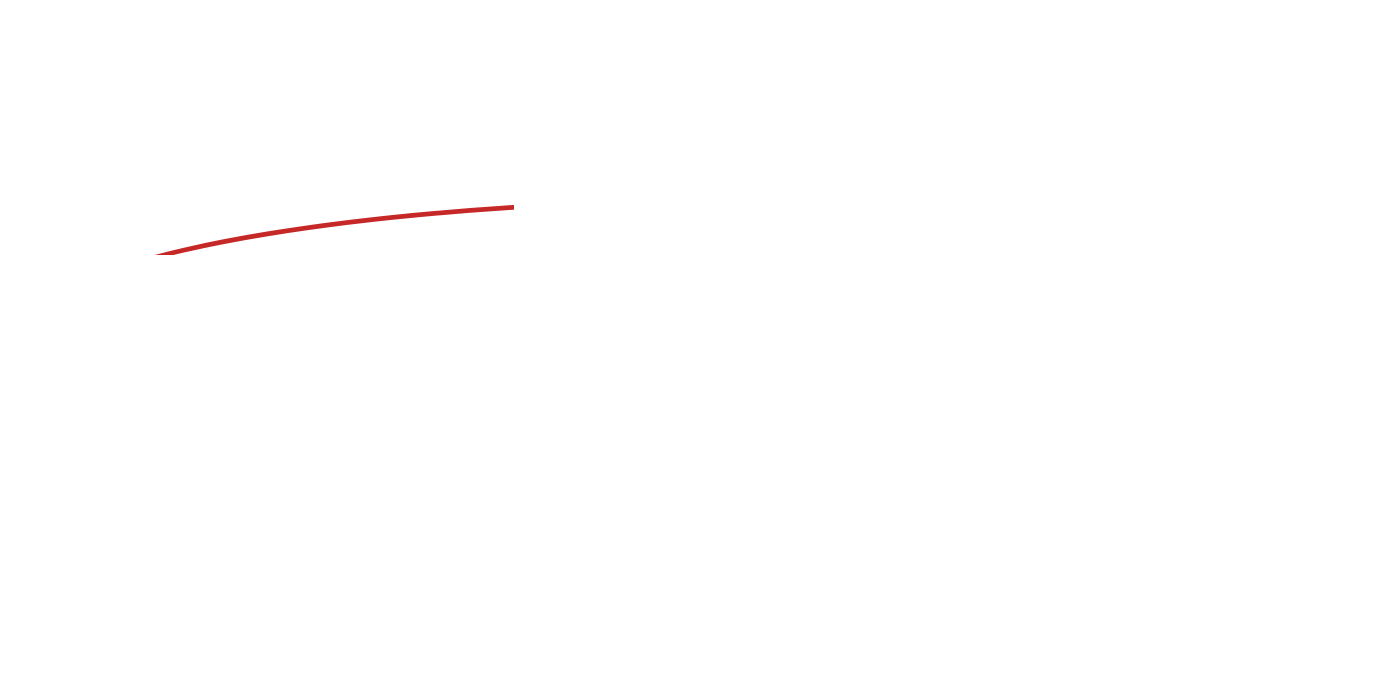
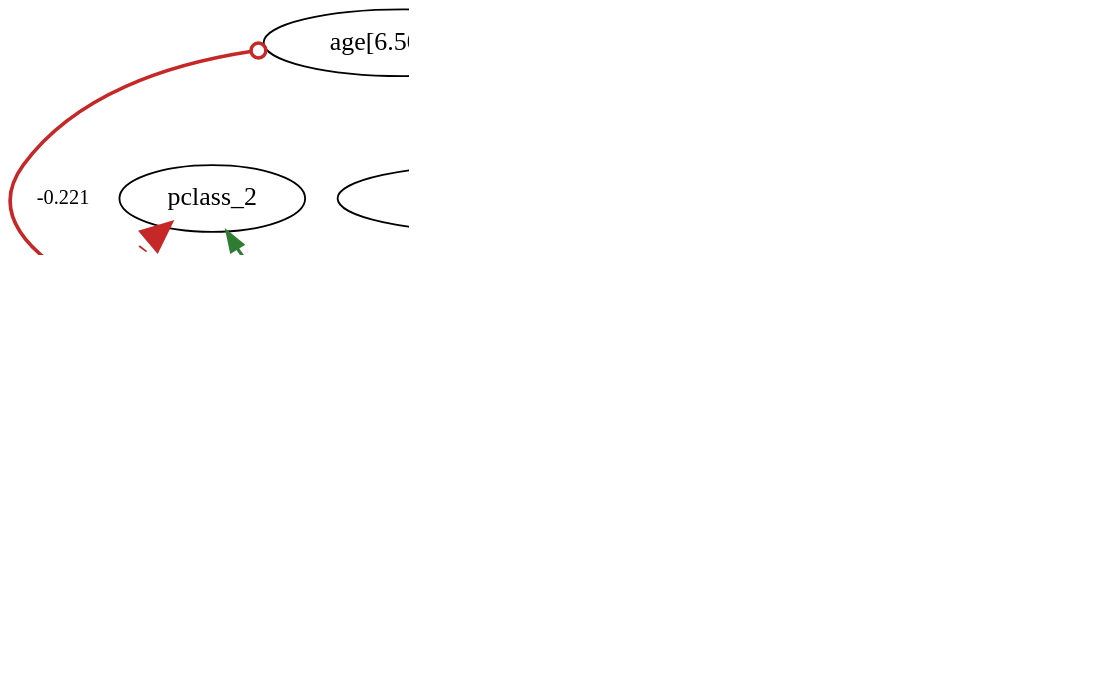
Before and after one commit to AKANEMO22/MedTCAX-Causal-Argumentative-Explainability: the diagram in causal_argumentation-main/outputs_titanic/fci_experiment/discovery_fci_dropfirst_weighted.dot, drawn with Graphviz. The commit also changed 29 other files, not shown here.

```diff
--- a/causal_argumentation-main/outputs_titanic/fci_experiment/discovery_fci_dropfirst_weighted.dot
+++ b/causal_argumentation-main/outputs_titanic/fci_experiment/discovery_fci_dropfirst_weighted.dot
@@ -1,30 +1,31 @@
 digraph {
 fontsize=18;
 dpi=200;
 0 [label="age[6.500,inf)"];
 1 [label="fare[7.133,10.481)"];
 2 [label="fare[10.481,74.375)"];
 3 [label="fare[74.375,inf)"];
 4 [label=sibsp];
 5 [label=parch];
 6 [label="pclass_2"];
 7 [label="pclass_3"];
 8 [label="sex_male"];
 9 [label="embarked_Q"];
 10 [label="embarked_S"];
 11 [label=survived];
-0 -> 7 [dir=both, arrowtail=odot, arrowhead=odot, label=" -0.221 ", fontsize=11, color="#c62828", penwidth=1.8855101781165486];
+0 -> 7 [dir=both, arrowtail=odot, arrowhead=normal, label=" -0.221 ", fontsize=11, color="#c62828", penwidth=1.8855101781165486];
 0 -> 9 [dir=both, arrowtail=odot, arrowhead=odot, label=" -0.291 ", fontsize=11, color="#c62828", penwidth=2.1653511028720134];
-1 -> 2 [dir=both, arrowtail=odot, arrowhead=normal, label=" -1.000 ", fontsize=11, style=dotted, color="#c62828", penwidth=5.0];
+1 -> 2 [dir=both, arrowtail=normal, arrowhead=normal, label=" -1.000 ", fontsize=11, style=dotted, color="#c62828", penwidth=5.0];
 7 -> 1 [dir=both, arrowtail=none, arrowhead=normal, label=" +0.638 ", fontsize=11, color="#2e7d32", penwidth=3.5529025850904143];
 3 -> 2 [dir=both, arrowtail=none, arrowhead=normal, label=" -1.000 ", fontsize=11, style=dotted, color="#c62828", penwidth=5.0];
-7 -> 2 [dir=both, arrowtail=none, arrowhead=normal, label=" -0.392 ", fontsize=11, color="#c62828", penwidth=2.566076741692204];
-7 -> 3 [dir=both, arrowtail=none, arrowhead=normal, label=" -0.387 ", fontsize=11, color="#c62828", penwidth=2.54898195217414];
-10 -> 3 [dir=both, arrowtail=none, arrowhead=normal, label=" -0.210 ", fontsize=11, color="#c62828", penwidth=1.8407305945146004];
-3 -> 11 [dir=both, arrowtail=none, arrowhead=normal, label=" +0.272 ", fontsize=11, color="#2e7d32", penwidth=2.0897039893171288];
-5 -> 4 [dir=both, arrowtail=none, arrowhead=normal, label=" +0.420 ", fontsize=11, color="#2e7d32", penwidth=2.680932707475021];
-8 -> 5 [dir=both, arrowtail=none, arrowhead=normal, label=" -0.248 ", fontsize=11, color="#c62828", penwidth=1.9900907139670658];
-10 -> 6 [dir=both, arrowtail=none, arrowhead=normal, label=" +0.192 ", fontsize=11, color="#2e7d32", penwidth=1.768244411909147];
+2 -> 7 [dir=both, arrowtail=normal, arrowhead=normal, label=" -0.392 ", fontsize=11, color="#c62828", penwidth=2.566076741692204];
+3 -> 7 [dir=both, arrowtail=normal, arrowhead=normal, label=" -0.387 ", fontsize=11, color="#c62828", penwidth=2.54898195217414];
+3 -> 10 [dir=both, arrowtail=normal, arrowhead=normal, label=" -0.210 ", fontsize=11, color="#c62828", penwidth=1.8407305945146004];
+4 -> 5 [dir=both, arrowtail=odot, arrowhead=odot, label=" +0.420 ", fontsize=11, color="#2e7d32", penwidth=2.680932707475021];
+5 -> 8 [dir=both, arrowtail=odot, arrowhead=odot, label=" -0.248 ", fontsize=11, color="#c62828", penwidth=1.9900907139670658];
+6 -> 7 [dir=both, arrowtail=normal, arrowhead=normal, label=" -1.000 ", fontsize=11, style=dotted, color="#c62828", penwidth=5.0];
+6 -> 10 [dir=both, arrowtail=normal, arrowhead=normal, label=" +0.192 ", fontsize=11, color="#2e7d32", penwidth=1.768244411909147];
 7 -> 11 [dir=both, arrowtail=none, arrowhead=normal, label=" -0.322 ", fontsize=11, color="#c62828", penwidth=2.2892334294918806];
 8 -> 11 [dir=both, arrowtail=none, arrowhead=normal, label=" -0.543 ", fontsize=11, color="#c62828", penwidth=3.17340552263102];
+9 -> 10 [dir=both, arrowtail=odot, arrowhead=normal, label=" -1.000 ", fontsize=11, style=dotted, color="#c62828", penwidth=5.0];
 }
```
